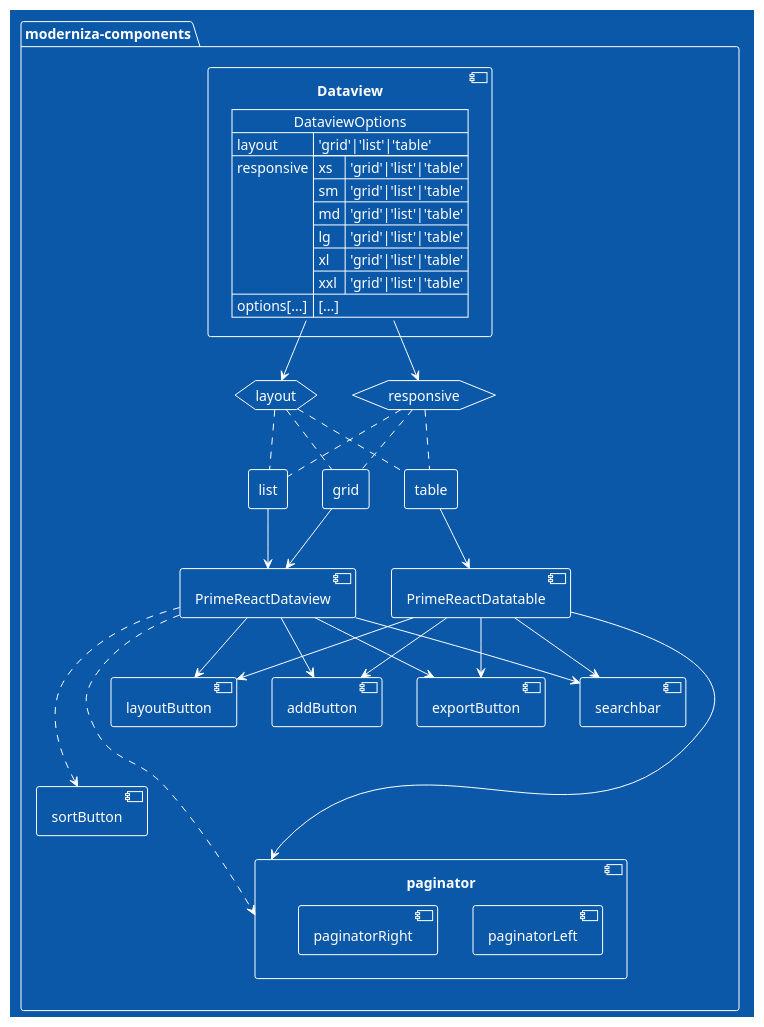
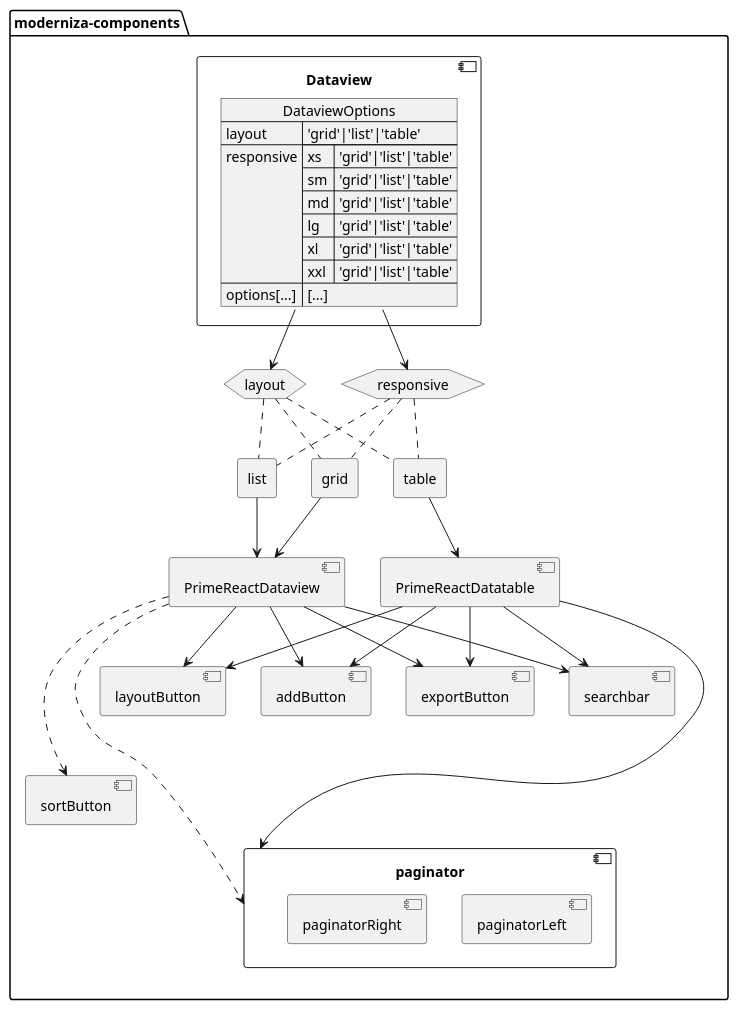
One commit to moderniza-modershop/moderniza-components changed the diagram in docs/diagrams/src/dataview.puml. Above: the diagram before and after it, drawn with PlantUML. The commit also changed 1 other file, not shown here.

Commit message:
remove diagram theme

```diff
--- a/docs/diagrams/src/dataview.puml
+++ b/docs/diagrams/src/dataview.puml
@@ -1,74 +1,72 @@
 @startuml dataviewDiagram
-' Muda o tema
-!theme amiga
 ' Permite mixar tipos diferentes
 allowmixing
 
 package moderniza-components{
     
     component Dataview{
         json DataviewOptions {
             "layout":"'grid'|'list'|'table'",
             "responsive":{
                 "xs":"'grid'|'list'|'table'",
                 "sm":"'grid'|'list'|'table'",
                 "md":"'grid'|'list'|'table'",
                 "lg":"'grid'|'list'|'table'",
                 "xl":"'grid'|'list'|'table'",
                 "xxl":"'grid'|'list'|'table'"
             },
             "options[...]":"[...]"
         }
     }
 
     component PrimeReactDatatable
     component PrimeReactDataview
 
     hexagon layout
     hexagon responsive
 
     rectangle grid
     rectangle table
     rectangle list
 
     component addButton
     component sortButton
     component exportButton
     component searchbar
     component layoutButton
     component paginator{
         component paginatorLeft
         component paginatorRight
     }
 
     DataviewOptions -down-> responsive
     DataviewOptions -down-> layout
 
     layout .. grid
     layout .. table
     layout .. list
 
     responsive .. grid
     responsive .. table
     responsive .. list
 
     list --> PrimeReactDataview
     grid --> PrimeReactDataview
     table --> PrimeReactDatatable
 
     PrimeReactDatatable --> searchbar
     PrimeReactDatatable --> addButton
     PrimeReactDatatable --> layoutButton
     PrimeReactDatatable --> exportButton
     PrimeReactDatatable --> paginator
 
     PrimeReactDataview --> searchbar
     PrimeReactDataview .--> sortButton
     PrimeReactDataview --> addButton
     PrimeReactDataview --> layoutButton
     PrimeReactDataview --> exportButton
     PrimeReactDataview ..--> paginator
 
 }
 
 @enduml
```
